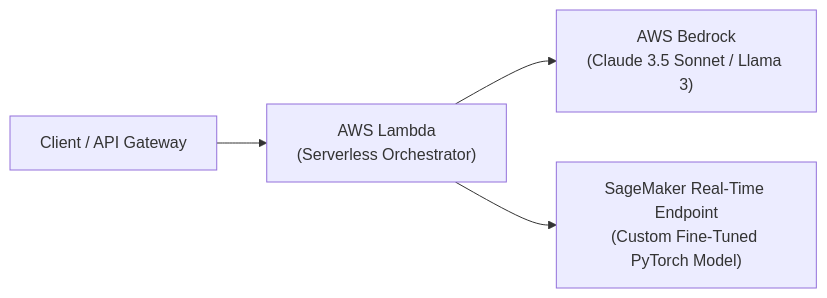
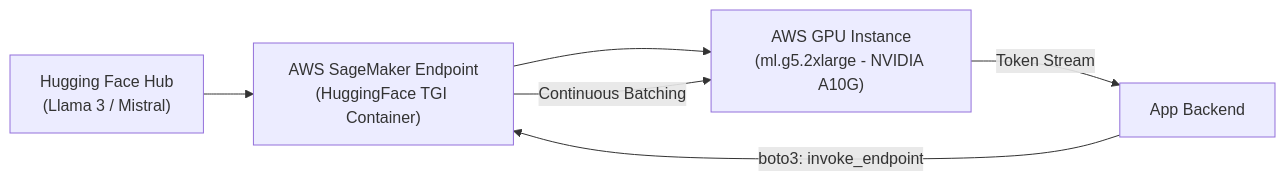
The diagram in docs/07-cloud-ai-fine-tuning/01-generative-ai-on-aws-krishnaik/08-3-deployment-of-huggingface-opensource-l.md (DeshDeepakKant/ai-engineering-docs), drawn with Mermaid before and after one commit. The commit also changed other lines of this file and 182 other files, not shown here.

````diff
--- a/docs/07-cloud-ai-fine-tuning/01-generative-ai-on-aws-krishnaik/08-3-deployment-of-huggingface-opensource-l.md
+++ b/docs/07-cloud-ai-fine-tuning/01-generative-ai-on-aws-krishnaik/08-3-deployment-of-huggingface-opensource-l.md
@@ -35,6 +36,8 @@
 ```mermaid
 flowchart LR
-    Client["Client / API Gateway"] --> Lambda["AWS Lambda\n(Serverless Orchestrator)"]
-    Lambda --> Bedrock["AWS Bedrock\n(Claude 3.5 Sonnet / Llama 3)"]
-    Lambda --> SageMaker["SageMaker Real-Time Endpoint\n(Custom Fine-Tuned PyTorch Model)"]
+    HF["Hugging Face Hub\n(Llama 3 / Mistral)"] --> SM["AWS SageMaker Endpoint\n(HuggingFace TGI Container)"]
+    SM --> GPU["AWS GPU Instance\n(ml.g5.2xlarge - NVIDIA A10G)"]
+    Client["App Backend"] -->|boto3: invoke_endpoint| SM
+    SM -->|Continuous Batching| GPU
+    GPU -->|Token Stream| Client
 ```
````
